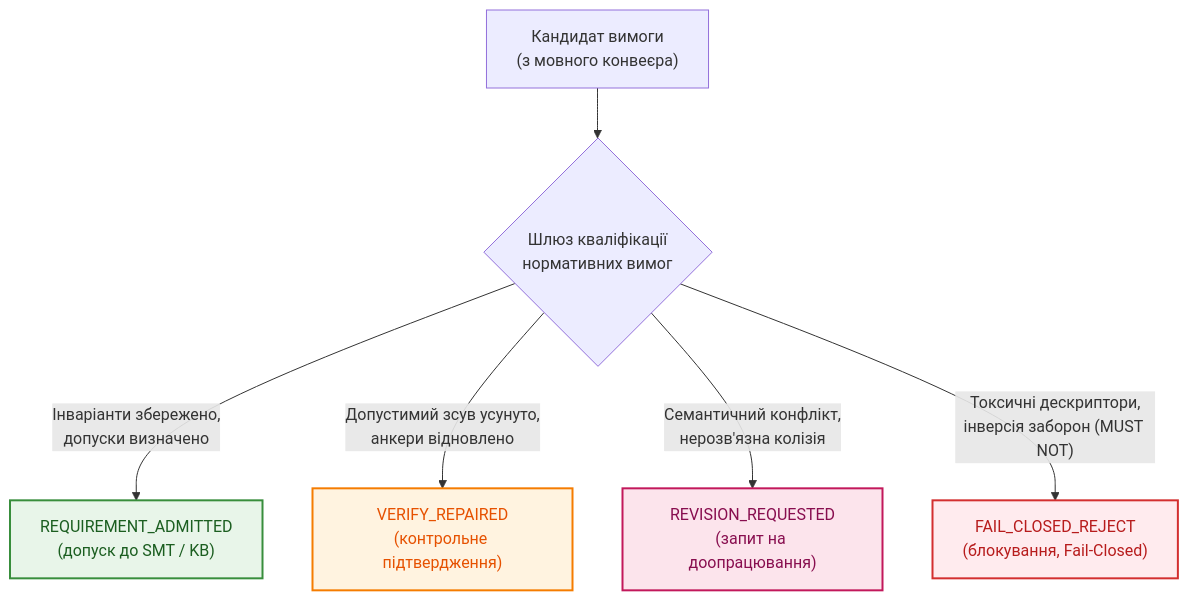
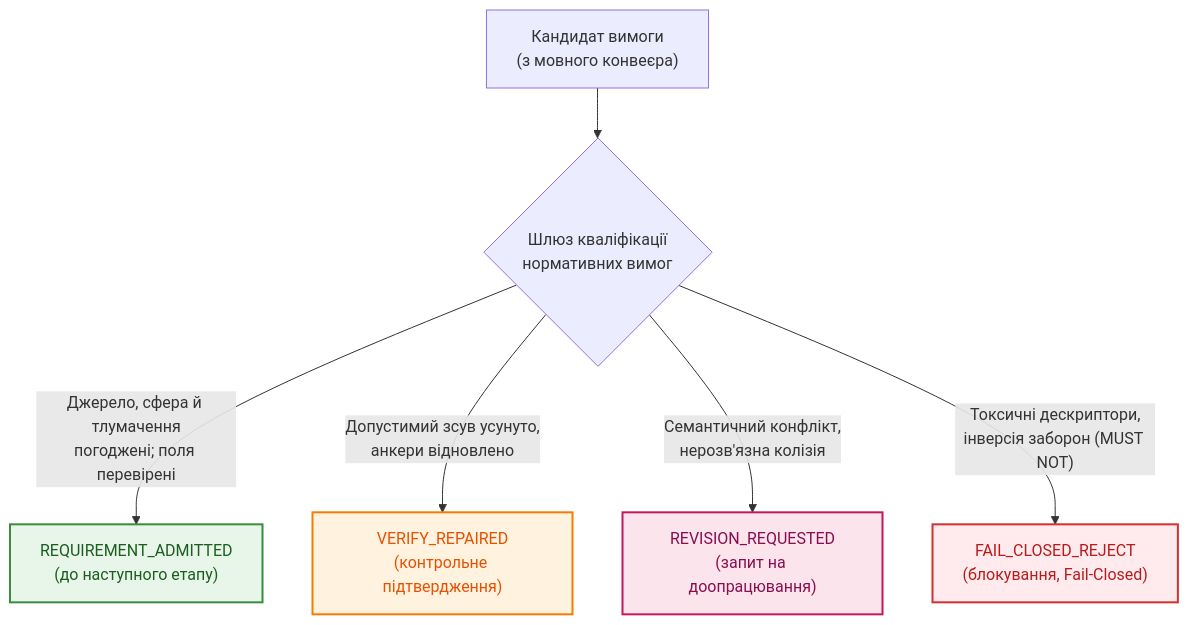
One commit to nick-fedchik/articles changed the fifth of 6 diagrams in ExpertSystem/ch14-requirements-detection-and-formalization.md. Above: the diagram before and after it, drawn with Mermaid. The commit also changed other lines of this file and 9 other files, not shown here.

````diff
--- a/ExpertSystem/ch14-requirements-detection-and-formalization.md
+++ b/ExpertSystem/ch14-requirements-detection-and-formalization.md
@@ -515,21 +677,21 @@
 ```mermaid
 flowchart TD
-    accTitle: Чотириетапний шлюз кваліфікації вимог
+    accTitle: Чотири результати шлюзу кваліфікації вимог
     accDescr: Схема ухвалення рішення шлюзом: REQUIREMENT_ADMITTED, VERIFY_REPAIRED, REVISION_REQUESTED, FAIL_CLOSED_REJECT.
 
     REQ["Кандидат вимоги<br/>(з мовного конвеєра)"] --> GATE{"Шлюз кваліфікації<br/>нормативних вимог"}
-    GATE -->|"Інваріанти збережено,<br/>допуски визначено"| RA["REQUIREMENT_ADMITTED<br/>(допуск до SMT / KB)"]
+    GATE -->|"Джерело, сфера й тлумачення<br/>погоджені; поля перевірені"| RA["REQUIREMENT_ADMITTED<br/>(до наступного етапу)"]
     GATE -->|"Допустимий зсув усунуто,<br/>анкери відновлено"| VR["VERIFY_REPAIRED<br/>(контрольне підтвердження)"]
     GATE -->|"Семантичний конфлікт,<br/>нерозв'язна колізія"| RR["REVISION_REQUESTED<br/>(запит на доопрацювання)"]
     GATE -->|"Токсичні дескриптори,<br/>інверсія заборон (MUST NOT)"| FR["FAIL_CLOSED_REJECT<br/>(блокування, Fail-Closed)"]
 
     classDef ok fill:#e8f5e9,stroke:#388e3c,stroke-width:2px,color:#1b5e20;
     classDef check fill:#fff3e0,stroke:#f57c00,stroke-width:2px,color:#e65100;
     classDef warn fill:#fce4ec,stroke:#c2185b,stroke-width:2px,color:#880e4f;
     classDef err fill:#ffebee,stroke:#d32f2f,stroke-width:2px,color:#b71c1c;
 
     class RA ok;
     class VR check;
     class RR warn;
     class FR err;
 ```
````
